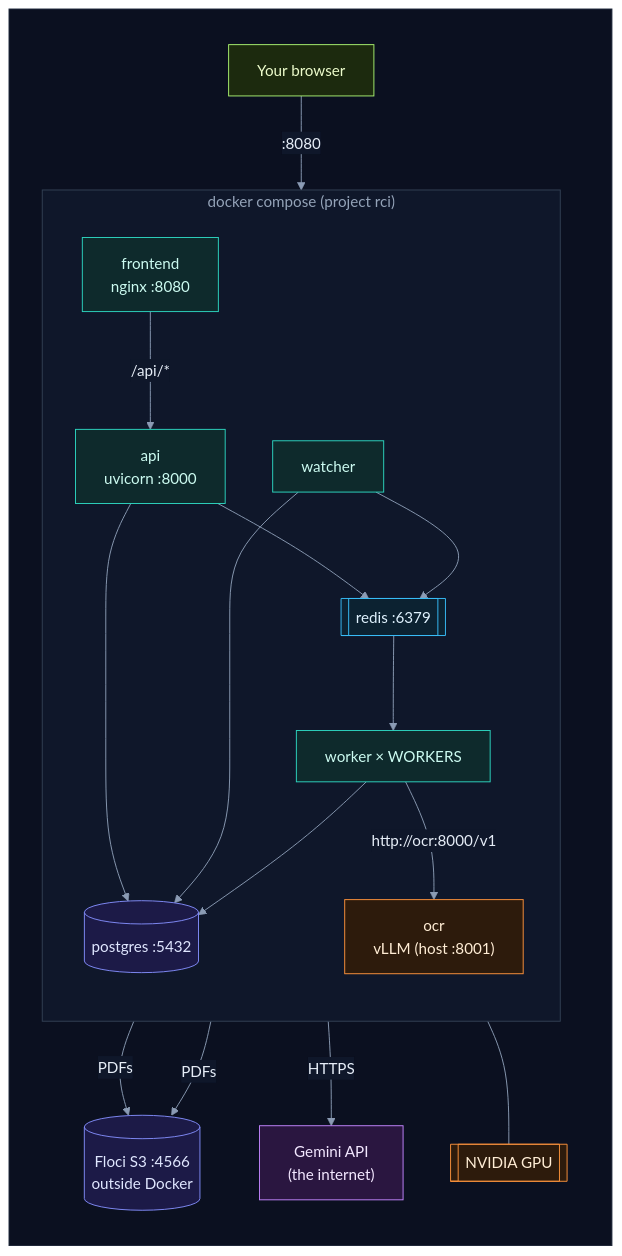
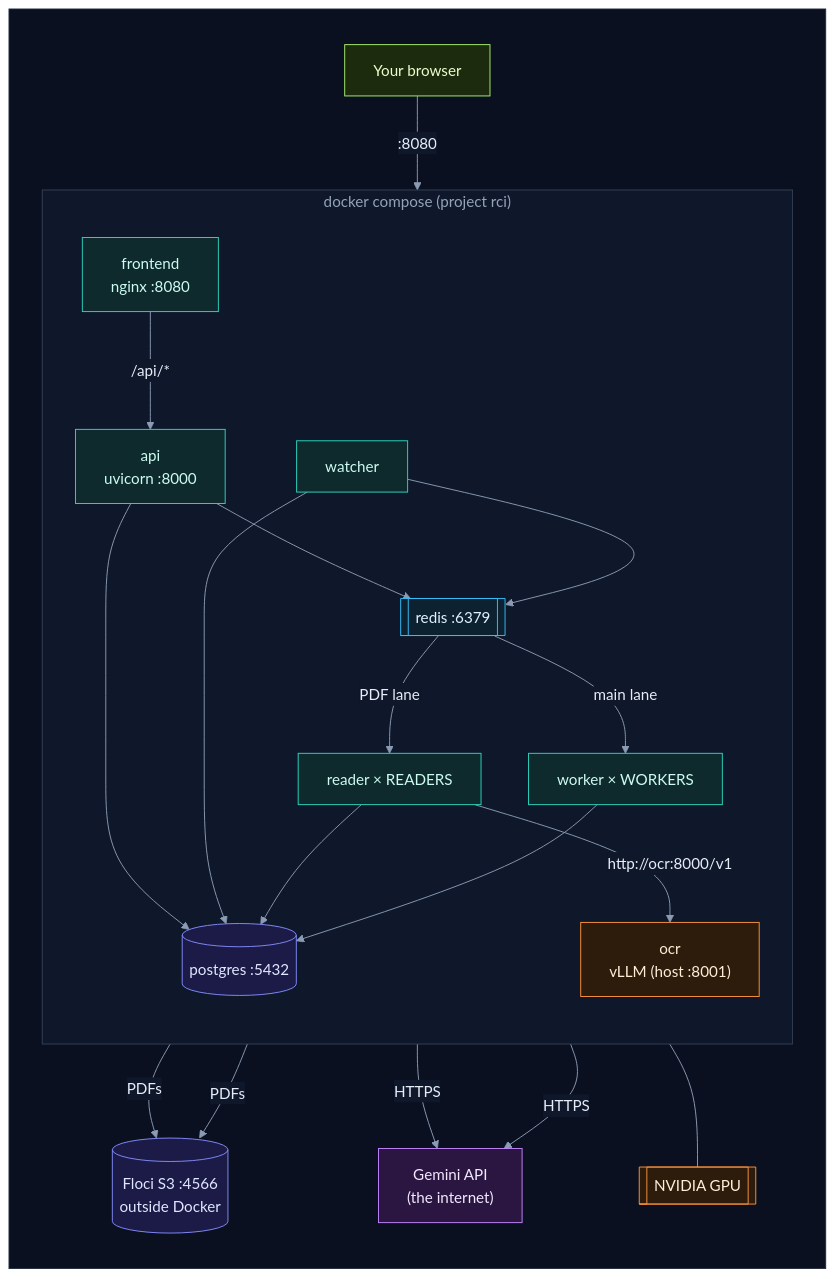
The fourth of 56 diagrams in how_it_works.md (selvakumarperumal/Regulatory_Circular_Impact_Agent), drawn with Mermaid before and after one commit. The commit also changed other lines of this file and 7 other files, not shown here.

Commit message:
Document the PDF lane and the main lane

````diff
--- a/how_it_works.md
+++ b/how_it_works.md
@@ -240,41 +252,44 @@
 ```mermaid
 %%{init: {"theme": "base", "flowchart": {"diagramPadding": 0}, "themeVariables": {"darkMode": true, "primaryColor": "#16213a", "primaryTextColor": "#e6edf7", "primaryBorderColor": "#475a7a", "lineColor": "#8b9bb4", "secondaryColor": "#1b2436", "tertiaryColor": "#101a2e", "edgeLabelBackground": "#0f172a", "textColor": "#e2e8f0", "clusterBkg": "#0f1728", "clusterBorder": "#2b3a55", "titleColor": "#c4b5fd", "nodeTextColor": "#e6edf7"}}}%%
 flowchart TD
     subgraph canvas[" "]
         direction TB
         B["Your browser"] -->|":8080"| FE
         subgraph compose["docker compose (project rci)"]
             direction TB
             FE["frontend<br/>nginx :8080"] -->|"/api/*"| API["api<br/>uvicorn :8000"]
             API --> PG[("postgres :5432")]
             API --> RD[["redis :6379"]]
             WA["watcher"] --> PG
             WA --> RD
-            RD --> WK["worker × WORKERS"]
+            RD -->|"PDF lane"| RE["reader × READERS"]
+            RD -->|"main lane"| WK["worker × WORKERS"]
+            RE --> PG
             WK --> PG
-            WK -->|"http://ocr:8000/v1"| OC["ocr<br/>vLLM (host :8001)"]
+            RE -->|"http://ocr:8000/v1"| OC["ocr<br/>vLLM (host :8001)"]
         end
         WA -->|"PDFs"| FL[("Floci S3 :4566<br/>outside Docker")]
-        WK -->|"PDFs"| FL
-        WK -->|"HTTPS"| GEM["Gemini API<br/>(the internet)"]
+        RE -->|"PDFs"| FL
+        RE -->|"HTTPS"| GEM["Gemini API<br/>(the internet)"]
+        WK -->|"HTTPS"| GEM
         OC --- GPU[["NVIDIA GPU"]]
     end
     classDef svc fill:#0e2a2c,stroke:#2dd4bf,color:#ccfbf1
     classDef data fill:#1c1a47,stroke:#818cf8,color:#e0e7ff
     classDef ext fill:#2a1640,stroke:#c084fc,color:#f3e8ff
     classDef gpu fill:#2d1b0c,stroke:#fb923c,color:#ffedd5
     classDef ask fill:#2a2410,stroke:#fbbf24,color:#fef3c7
     classDef ok fill:#0b2a1c,stroke:#34d399,color:#d1fae5
     classDef bad fill:#2e0f17,stroke:#fb7185,color:#ffe4e6
     classDef start fill:#1c2a0e,stroke:#a7ef6f,color:#ecfccb
     classDef muted fill:#1a2130,stroke:#64748b,color:#cbd5e1
     classDef queue fill:#0c2231,stroke:#38bdf8,color:#e0f2fe
     class B start
-    class FE,API,WA,WK svc
+    class FE,API,WA,RE,WK svc
     class PG,FL data
     class RD queue
     class GEM ext
     class OC,GPU gpu
     style compose fill:#0f172a,stroke:#334155,color:#94a3b8
     style canvas fill:#0b1020,stroke:#1e293b,color:#0b1020
 ```
````
